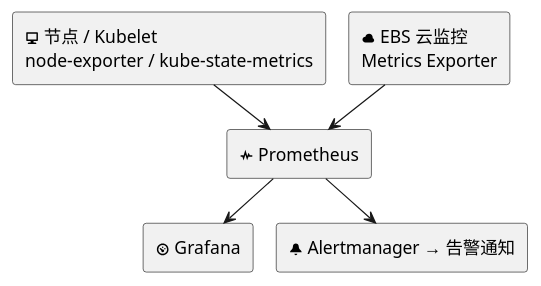
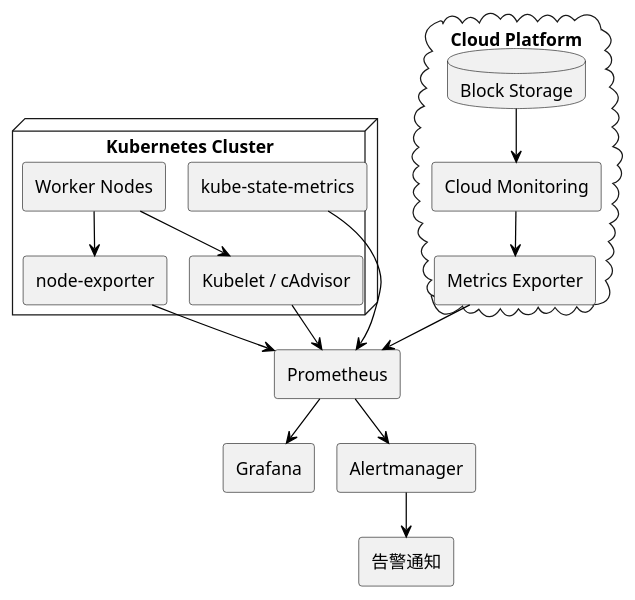
One commit to i-zrhe2016/blog.zrhe2016.cc changed the seventh of 8 diagrams in src/content/posts/kubernetes-batch-deployment-node-notready-ebs-io.md. Above: the diagram before and after it, drawn with PlantUML. The commit also changed other lines of this file, not shown here.

Commit message:
content: restore original Kubernetes incident review

````diff
--- a/src/content/posts/kubernetes-batch-deployment-node-notready-ebs-io.md
+++ b/src/content/posts/kubernetes-batch-deployment-node-notready-ebs-io.md
@@ -315,17 +468,35 @@
-```plantuml 节点和云存储监控架构概览
+```plantuml Kubernetes 节点与云存储指标汇聚至 Prometheus 的监控架构
 @startuml
 !pragma layout smetana
 skinparam backgroundColor white
 skinparam shadowing false
 skinparam defaultFontName "Microsoft YaHei"
-rectangle "<&monitor> 节点 / Kubelet\nnode-exporter / kube-state-metrics" as N
-rectangle "<&cloud> EBS 云监控\nMetrics Exporter" as E
-rectangle "<&pulse> Prometheus" as P
-rectangle "<&dashboard> Grafana" as G
-rectangle "<&bell> Alertmanager → 告警通知" as A
-N --> P
-E --> P
+skinparam ArrowColor black
+node "Kubernetes Cluster" {
+  rectangle "Worker Nodes" as Nodes
+  rectangle "node-exporter" as NE
+  rectangle "kube-state-metrics" as KSM
+  rectangle "Kubelet / cAdvisor" as K
+}
+cloud "Cloud Platform" {
+  database "Block Storage" as EBS
+  rectangle "Cloud Monitoring" as CM
+  rectangle "Metrics Exporter" as ME
+}
+rectangle "Prometheus" as P
+rectangle "Grafana" as G
+rectangle "Alertmanager" as AM
+rectangle "告警通知" as N
+Nodes --> NE
+Nodes --> K
+EBS --> CM
+CM --> ME
+NE --> P
+KSM --> P
+K --> P
+ME --> P
 P --> G
-P --> A
+P --> AM
+AM --> N
 @enduml
 ```
````
